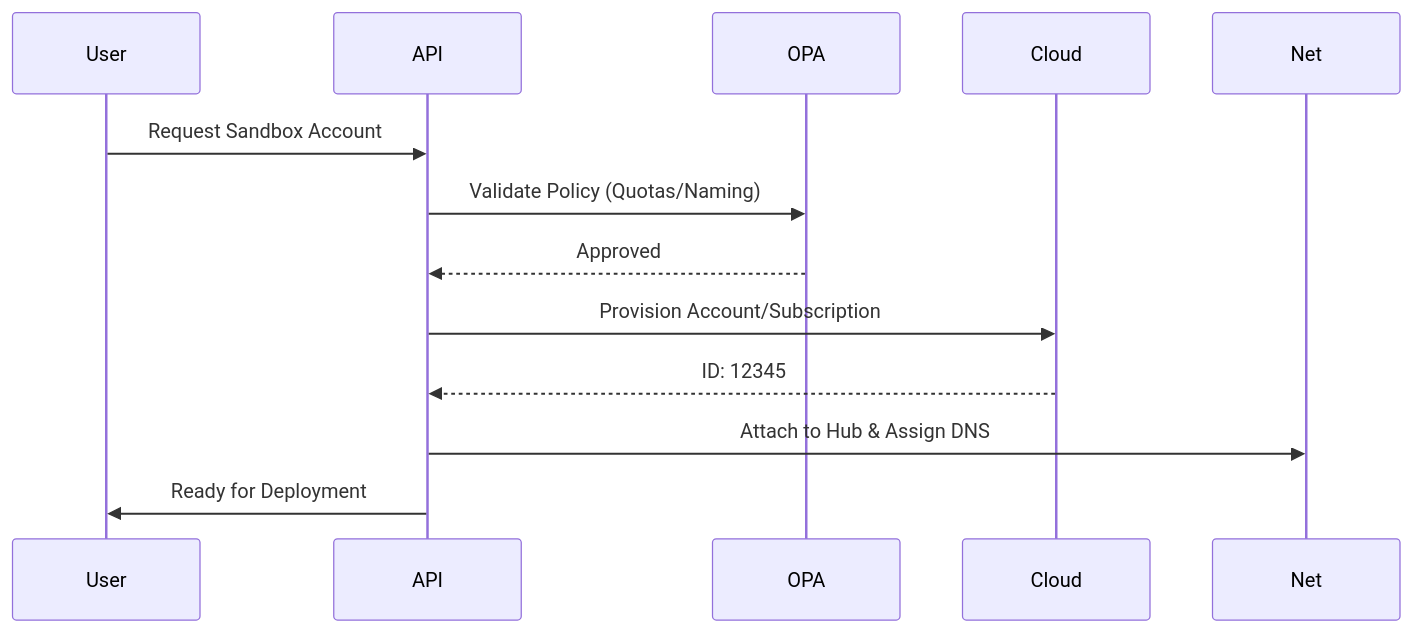
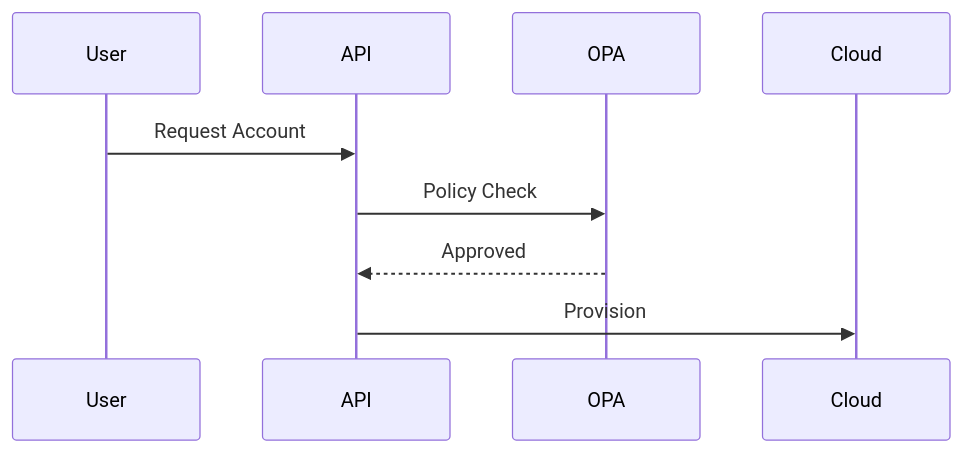
One commit to Devopstrio/hybrid-landingzone changed the third of 30 diagrams in README.md. Above: the diagram before and after it, drawn with Mermaid. The commit also changed other lines of this file, not shown here.

Commit message:
docs: expand README with 30+ architectural diagrams

````diff
--- a/README.md
+++ b/README.md
@@ -111,16 +50,7 @@
 ```mermaid
 sequenceDiagram
-    participant User
-    participant API
-    participant OPA
-    participant Cloud
-    participant Net
-
-    User->>API: Request Sandbox Account
-    API->>OPA: Validate Policy (Quotas/Naming)
+    User->>API: Request Account
+    API->>OPA: Policy Check
     OPA-->>API: Approved
-    API->>Cloud: Provision Account/Subscription
-    Cloud-->>API: ID: 12345
-    API->>Net: Attach to Hub & Assign DNS
-    API->>User: Ready for Deployment
+    API->>Cloud: Provision
 ```
````
